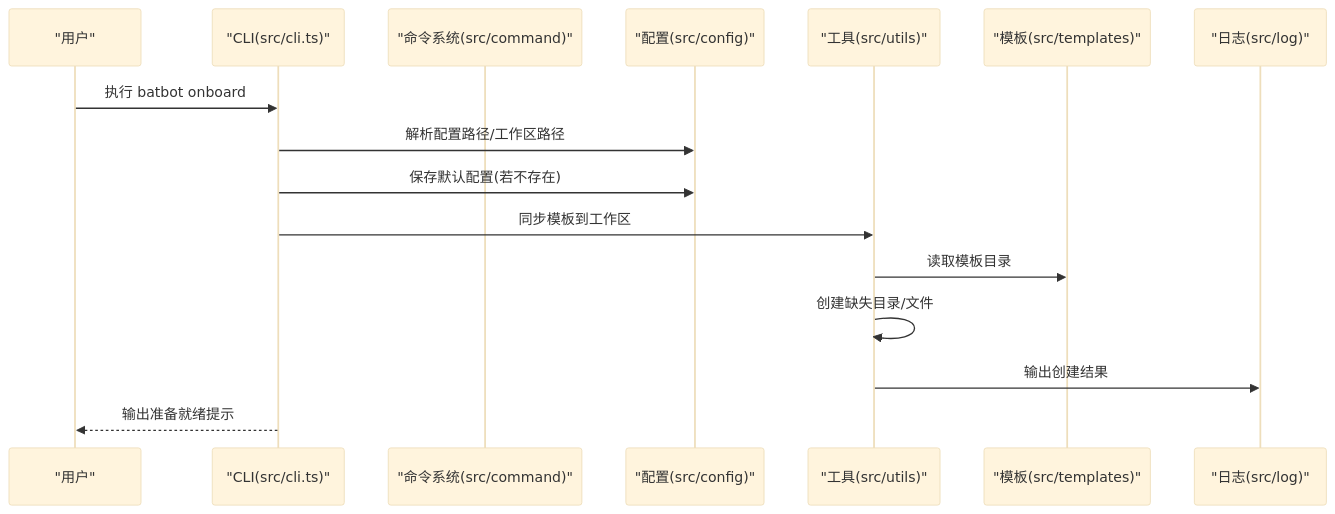
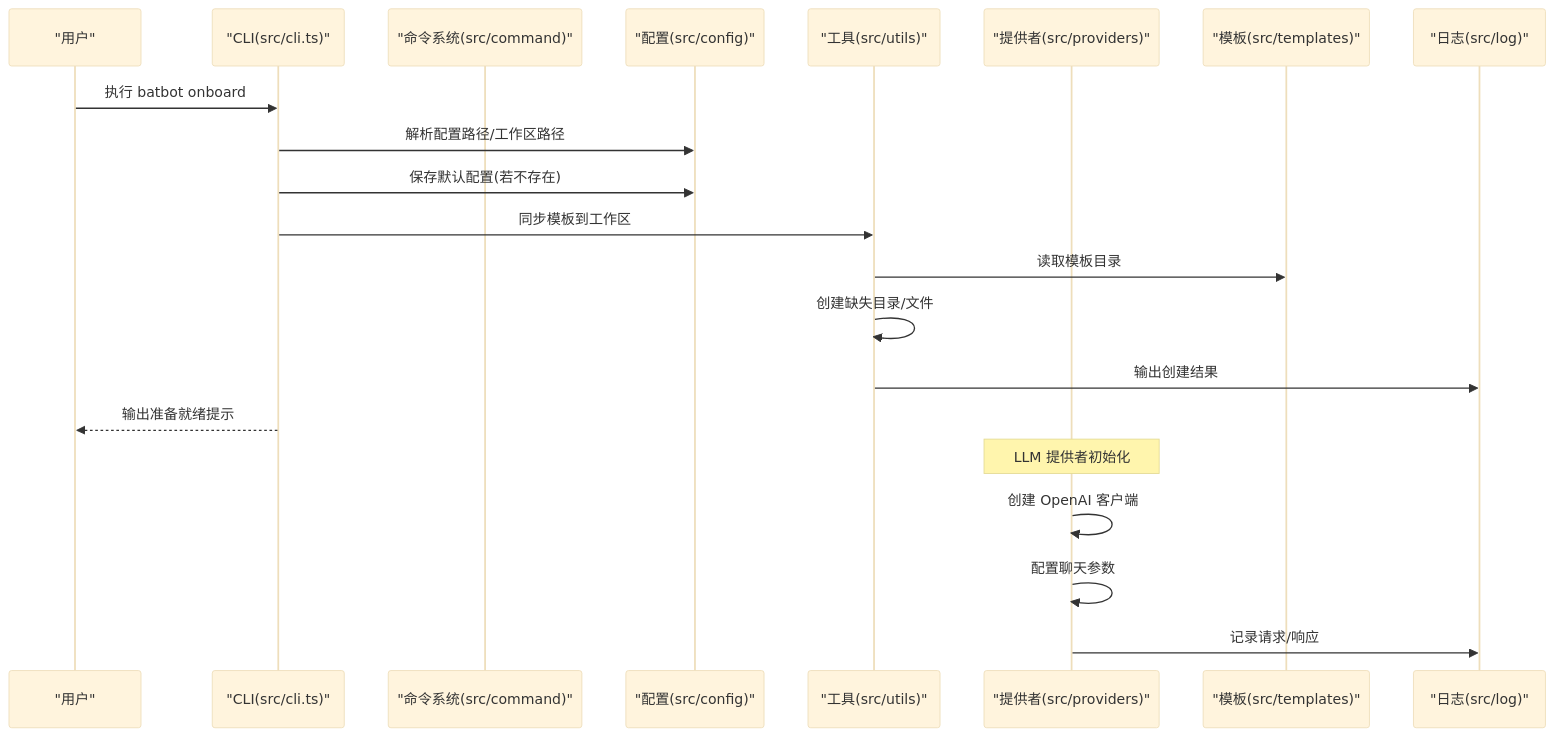
The second of 7 diagrams in .qoder/repowiki/zh/content/开发者指南/项目结构.md (neciszhang/batbot), drawn with Mermaid (base theme) before and after one commit. The commit also changed other lines of this file and 10 other files, not shown here.

````diff
--- a/.qoder/repowiki/zh/content/开发者指南/项目结构.md
+++ b/.qoder/repowiki/zh/content/开发者指南/项目结构.md
@@ -131,18 +159,23 @@
 ```mermaid
 sequenceDiagram
 participant U as "用户"
 participant CLI as "CLI(src/cli.ts)"
 participant CMD as "命令系统(src/command)"
 participant CFG as "配置(src/config)"
 participant UTIL as "工具(src/utils)"
+participant PROV as "提供者(src/providers)"
 participant TPL as "模板(src/templates)"
 participant LOG as "日志(src/log)"
 U->>CLI : 执行 batbot onboard
 CLI->>CFG : 解析配置路径/工作区路径
 CLI->>CFG : 保存默认配置(若不存在)
 CLI->>UTIL : 同步模板到工作区
 UTIL->>TPL : 读取模板目录
 UTIL->>UTIL : 创建缺失目录/文件
 UTIL->>LOG : 输出创建结果
 CLI-->>U : 输出准备就绪提示
+Note over PROV : LLM 提供者初始化
+PROV->>PROV : 创建 OpenAI 客户端
+PROV->>PROV : 配置聊天参数
+PROV->>LOG : 记录请求/响应
 ```
````
